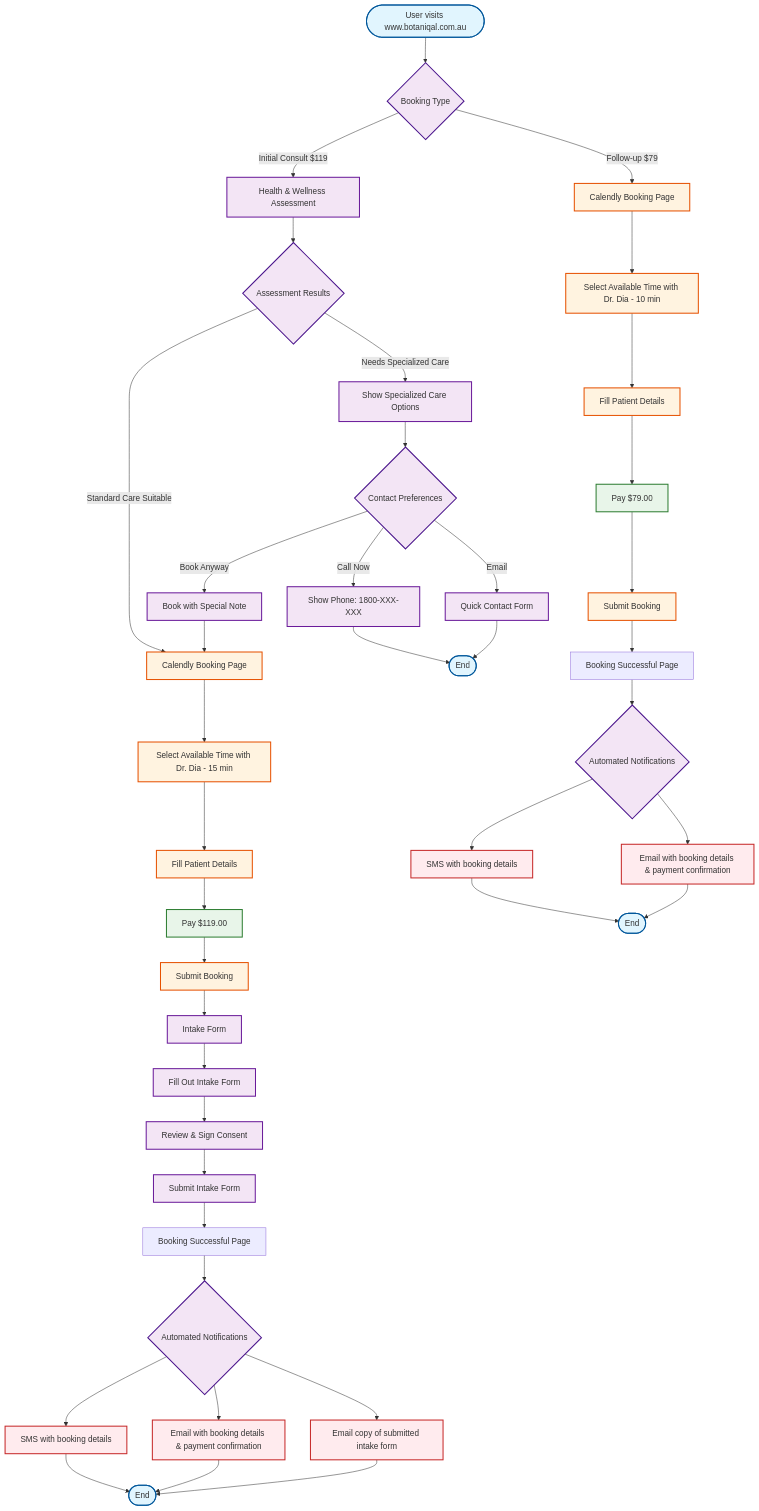
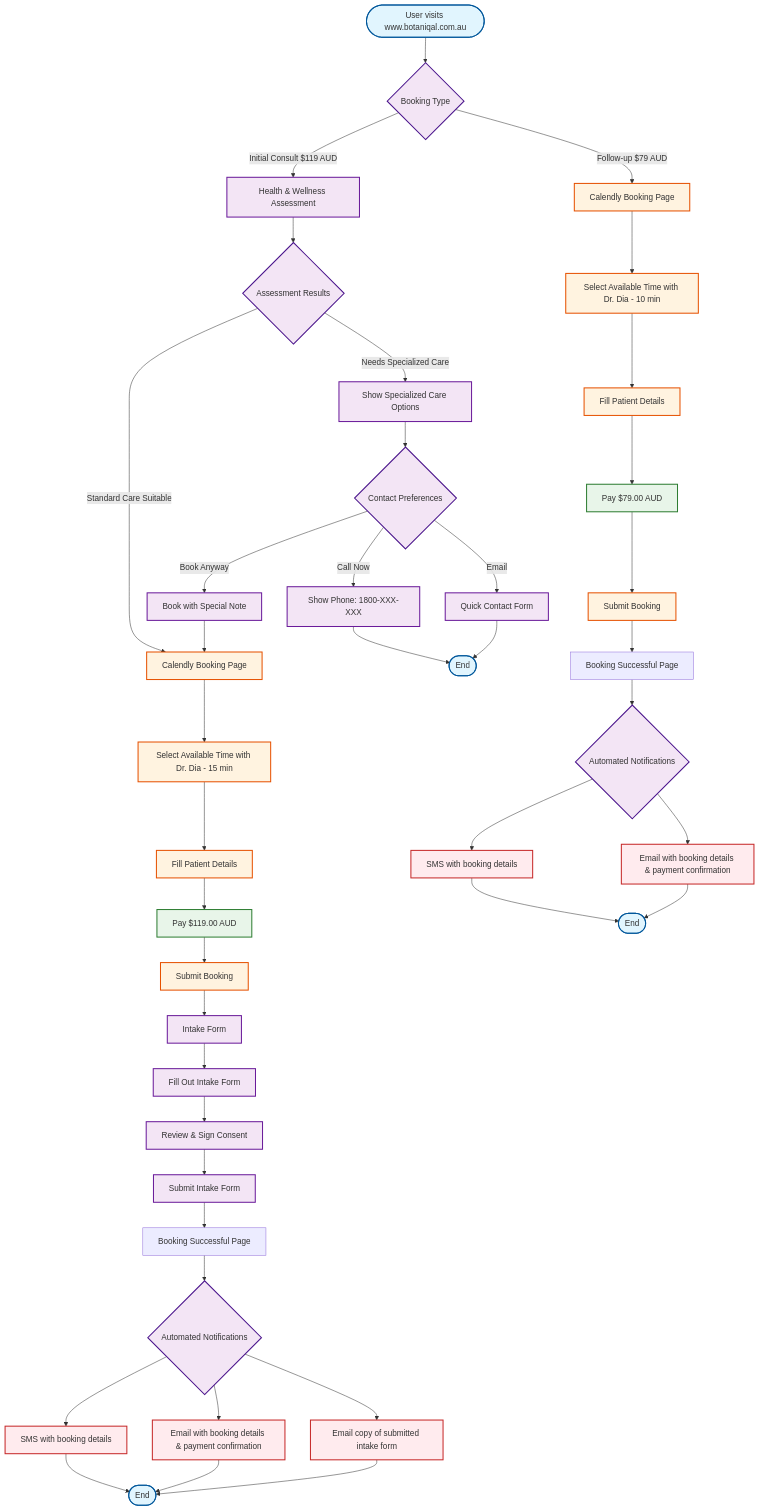
The diagram in flowcharts/1-current-system/booking/patient-booking-flow.md (adaptationio/botanical-updates), drawn with Mermaid before and after one commit. The commit also changed other lines of this file and 31 other files, not shown here.

````diff
--- a/flowcharts/1-current-system/booking/patient-booking-flow.md
+++ b/flowcharts/1-current-system/booking/patient-booking-flow.md
@@ -6,76 +6,76 @@
 ```mermaid
 flowchart TD
     Start([User visits www.botaniqal.com.au]) --> Choice{Booking Type}
     
     %% Initial Consultation Path
-    Choice -->|Initial Consult $119| Eligibility[Health & Wellness Assessment]
+    Choice -->|Initial Consult $119 AUD| Eligibility[Health & Wellness Assessment]
     
     Eligibility --> HealthCheck{Assessment Results}
     HealthCheck -->|Needs Specialized Care| SpecializedOptions[Show Specialized Care Options]
     HealthCheck -->|Standard Care Suitable| Calendar1[Calendly Booking Page]
     
     SpecializedOptions --> ContactOptions{Contact Preferences}
     ContactOptions -->|Call Now| PhoneInfo[Show Phone: 1800-XXX-XXX]
     ContactOptions -->|Email| EmailForm[Quick Contact Form]
     ContactOptions -->|Book Anyway| SpecialNote[Book with Special Note]
     
     PhoneInfo --> End1([End])
     EmailForm --> End1([End])
     SpecialNote --> Calendar1
     
     %% Follow-up Path
-    Choice -->|Follow-up $79| Calendar2[Calendly Booking Page]
+    Choice -->|Follow-up $79 AUD| Calendar2[Calendly Booking Page]
     
     %% Booking Process for Initial
     Calendar1 --> SelectTime1[Select Available Time with Dr. Dia - 15 min]
     SelectTime1 --> Details1[Fill Patient Details]
-    Details1 --> Payment1[Pay $119.00]
+    Details1 --> Payment1[Pay $119.00 AUD]
     Payment1 --> Submit1[Submit Booking]
     Submit1 --> IntakeForm[Intake Form]
     
     IntakeForm --> FillIntake[Fill Out Intake Form]
     FillIntake --> Consent[Review & Sign Consent]
     Consent --> SubmitIntake[Submit Intake Form]
     
     %% Booking Process for Follow-up
     Calendar2 --> SelectTime2[Select Available Time with Dr. Dia - 10 min]
     SelectTime2 --> Details2[Fill Patient Details]
-    Details2 --> Payment2[Pay $79.00]
+    Details2 --> Payment2[Pay $79.00 AUD]
     Payment2 --> Submit2[Submit Booking]
     
     %% Success Pages
     SubmitIntake --> Success1[Booking Successful Page]
     Submit2 --> Success2[Booking Successful Page]
     
     %% Notifications
     Success1 --> Notifications1{Automated Notifications}
     Success2 --> Notifications2{Automated Notifications}
     
     Notifications1 --> SMS1[SMS with booking details]
     Notifications1 --> Email1[Email with booking details & payment confirmation]
     Notifications1 --> IntakeCopy[Email copy of submitted intake form]
     
     Notifications2 --> SMS2[SMS with booking details]
     Notifications2 --> Email2[Email with booking details & payment confirmation]
     
     SMS1 --> End2([End])
     Email1 --> End2
     IntakeCopy --> End2
     SMS2 --> End3([End])
     Email2 --> End3
     
     %% Styling
     classDef startEnd fill:#e1f5fe,stroke:#01579b,stroke-width:2px
     classDef process fill:#fff3e0,stroke:#e65100,stroke-width:2px
     classDef decision fill:#f3e5f5,stroke:#4a148c,stroke-width:2px
     classDef payment fill:#e8f5e9,stroke:#2e7d32,stroke-width:2px
     classDef notification fill:#ffebee,stroke:#c62828,stroke-width:2px
     classDef form fill:#f3e5f5,stroke:#6a1b9a,stroke-width:2px
     
     class Start,End1,End2,End3 startEnd
     class Choice,HealthCheck,ContactOptions,Notifications1,Notifications2 decision
     class Calendar1,Calendar2,SelectTime1,SelectTime2,Details1,Details2,Submit1,Submit2 process
     class Payment1,Payment2 payment
     class SMS1,SMS2,Email1,Email2,IntakeCopy notification
     class Eligibility,IntakeForm,FillIntake,Consent,SubmitIntake,SpecializedOptions,PhoneInfo,EmailForm,SpecialNote form
 ```
````
